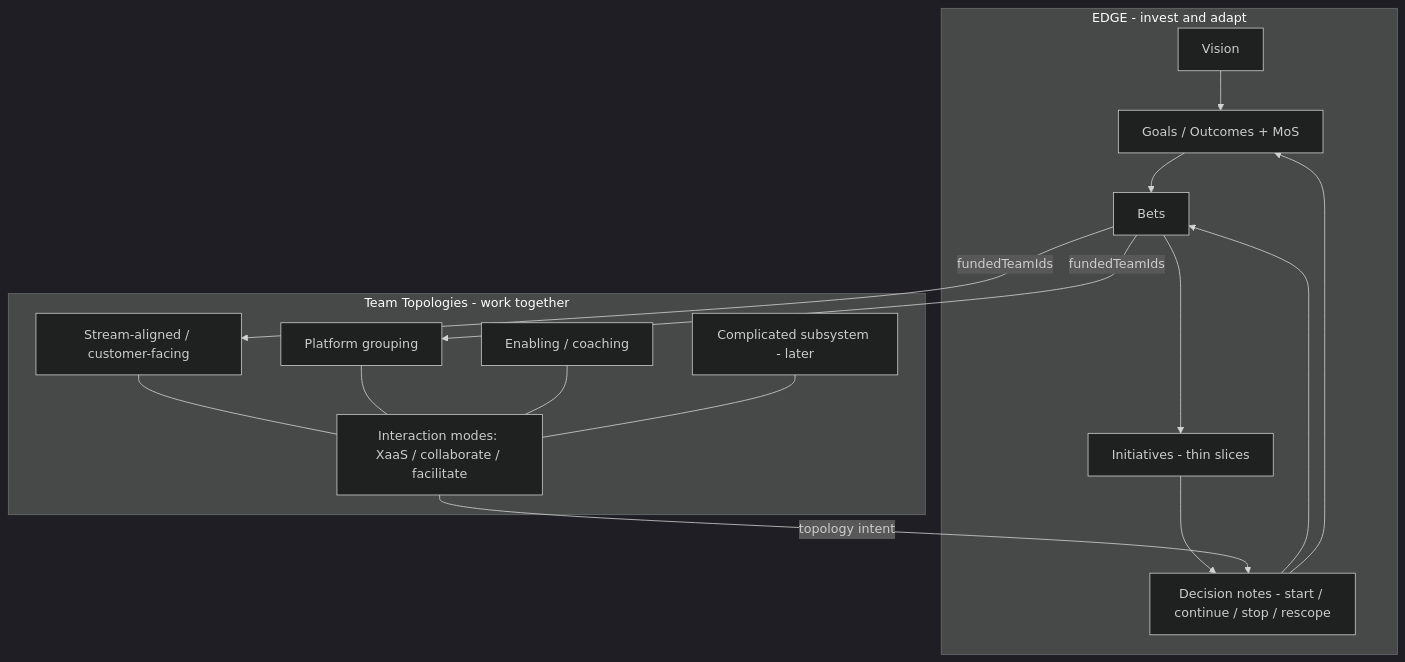
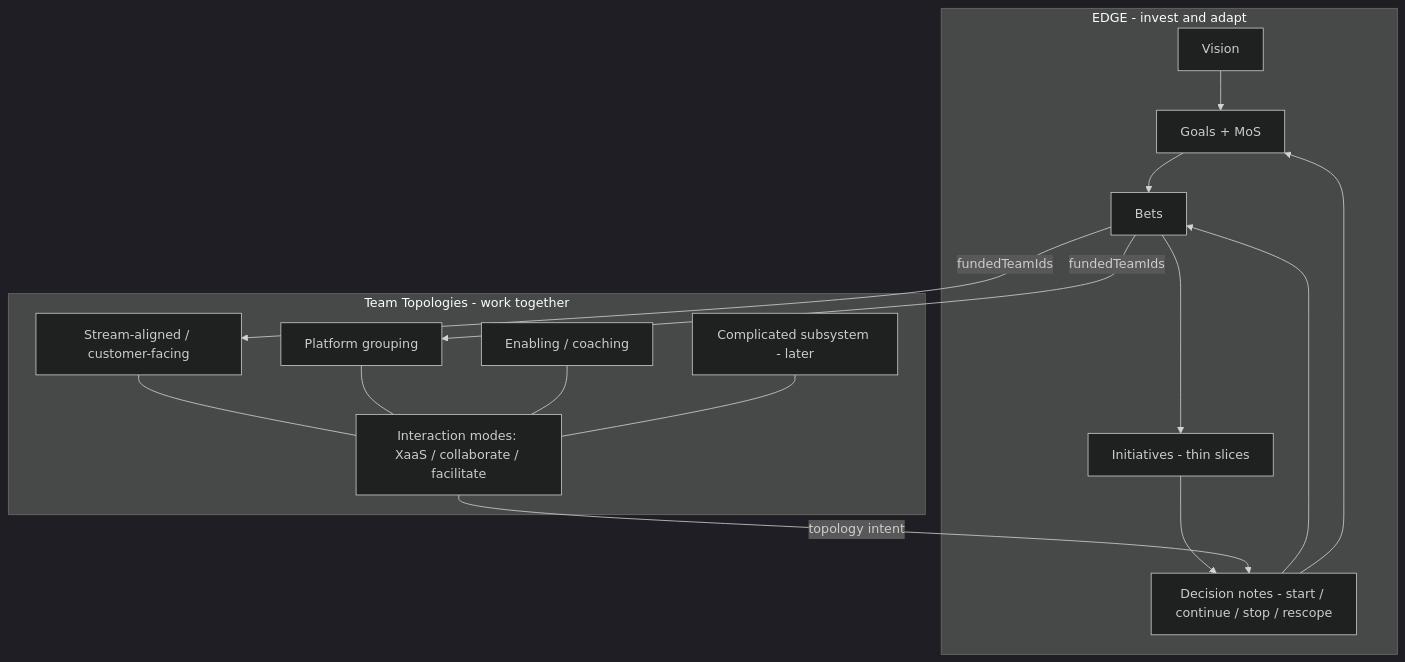
One commit to mzworthington/steerco changed the first of 2 diagrams in plan/docs/OPERATING_MODEL_ALIGNMENT.md. Above: the diagram before and after it, drawn with Mermaid (dark theme). The commit also changed other lines of this file and 90 other files, not shown here.

````diff
--- a/plan/docs/OPERATING_MODEL_ALIGNMENT.md
+++ b/plan/docs/OPERATING_MODEL_ALIGNMENT.md
@@ -48,30 +48,30 @@
 ```mermaid
 flowchart TB
   subgraph edge [EDGE - invest and adapt]
     vision[Vision]
-    goals[Goals / Outcomes + MoS]
+    goals[Goals + MoS]
     bets[Bets]
     initiatives[Initiatives - thin slices]
     decide[Decision notes - start / continue / stop / rescope]
     vision --> goals --> bets --> initiatives
     initiatives --> decide
     decide --> bets
     decide --> goals
   end
 
   subgraph tt [Team Topologies - work together]
     stream[Stream-aligned / customer-facing]
     platform[Platform grouping]
     enabling[Enabling / coaching]
     subsystem[Complicated subsystem - later]
     modes[Interaction modes: XaaS / collaborate / facilitate]
     stream --- modes
     platform --- modes
     enabling --- modes
     subsystem --- modes
   end
 
   bets -->|fundedTeamIds| stream
   bets -->|fundedTeamIds| platform
   modes -->|topology intent| decide
 ```
````
